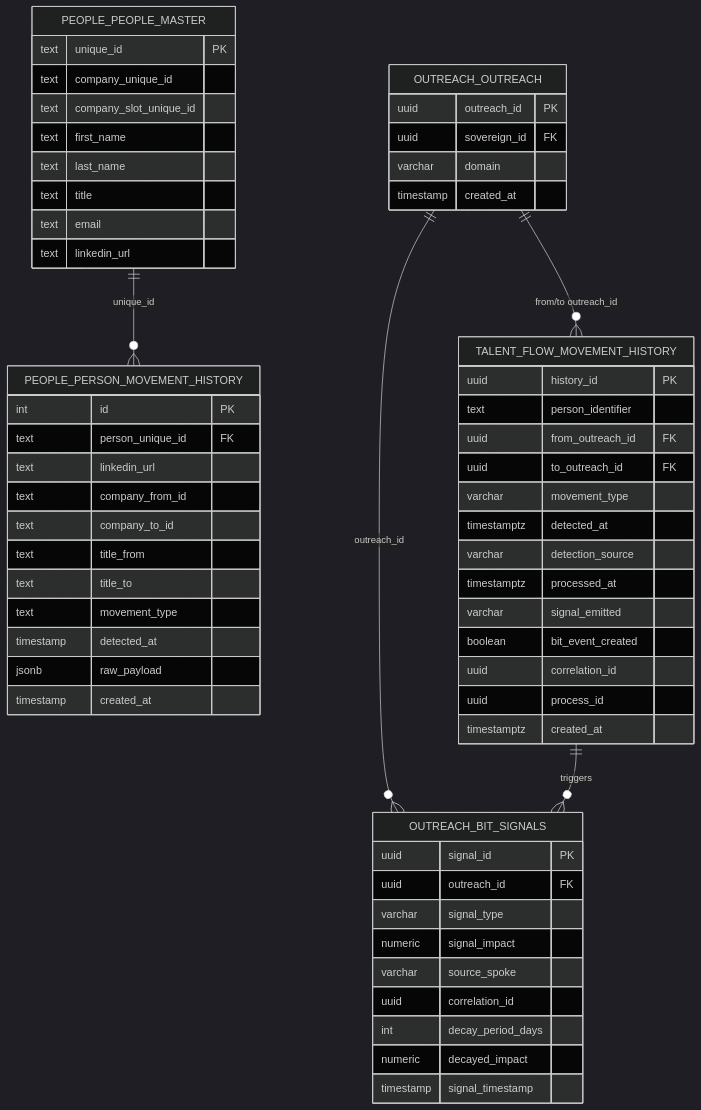
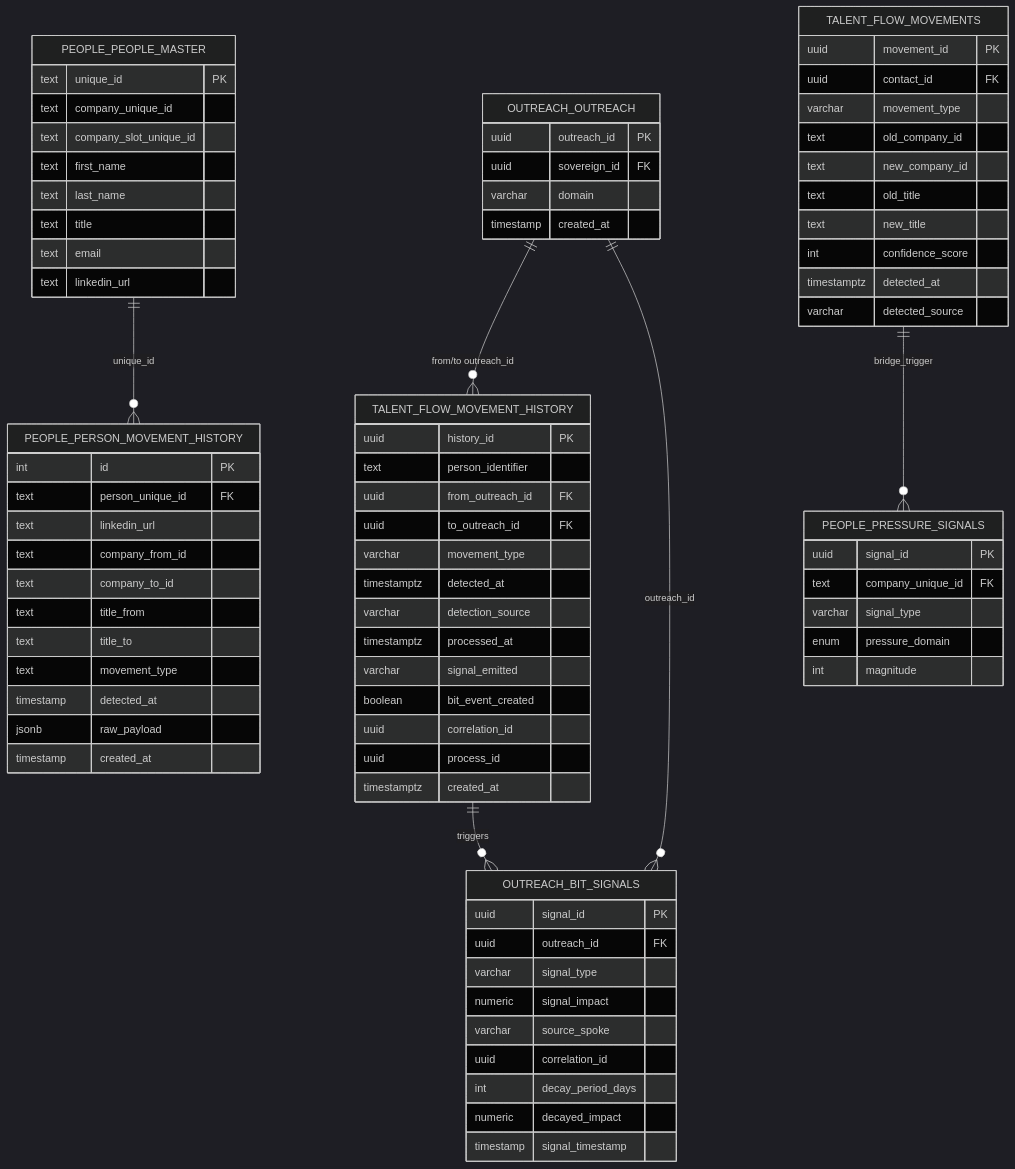
One commit to djb258/barton-outreach-core changed the diagram in hubs/talent-flow/SCHEMA.md. Above: the diagram before and after it, drawn with Mermaid (dark theme). The commit also changed other lines of this file and 20 other files, not shown here.

```diff
--- a/hubs/talent-flow/SCHEMA.md
+++ b/hubs/talent-flow/SCHEMA.md
@@ -29,6 +30,28 @@
     OUTREACH_OUTREACH ||--o{ TALENT_FLOW_MOVEMENT_HISTORY : "from/to outreach_id"
     OUTREACH_OUTREACH ||--o{ OUTREACH_BIT_SIGNALS : "outreach_id"
     TALENT_FLOW_MOVEMENT_HISTORY ||--o{ OUTREACH_BIT_SIGNALS : "triggers"
+    TALENT_FLOW_MOVEMENTS ||--o{ PEOPLE_PRESSURE_SIGNALS : "bridge_trigger"
+
+    TALENT_FLOW_MOVEMENTS {
+        uuid movement_id PK
+        uuid contact_id FK
+        varchar movement_type
+        text old_company_id
+        text new_company_id
+        text old_title
+        text new_title
+        int confidence_score
+        timestamptz detected_at
+        varchar detected_source
+    }
+
+    PEOPLE_PRESSURE_SIGNALS {
+        uuid signal_id PK
+        text company_unique_id FK
+        varchar signal_type
+        enum pressure_domain
+        int magnitude
+    }
 
     PEOPLE_PEOPLE_MASTER {
         text unique_id PK
```
